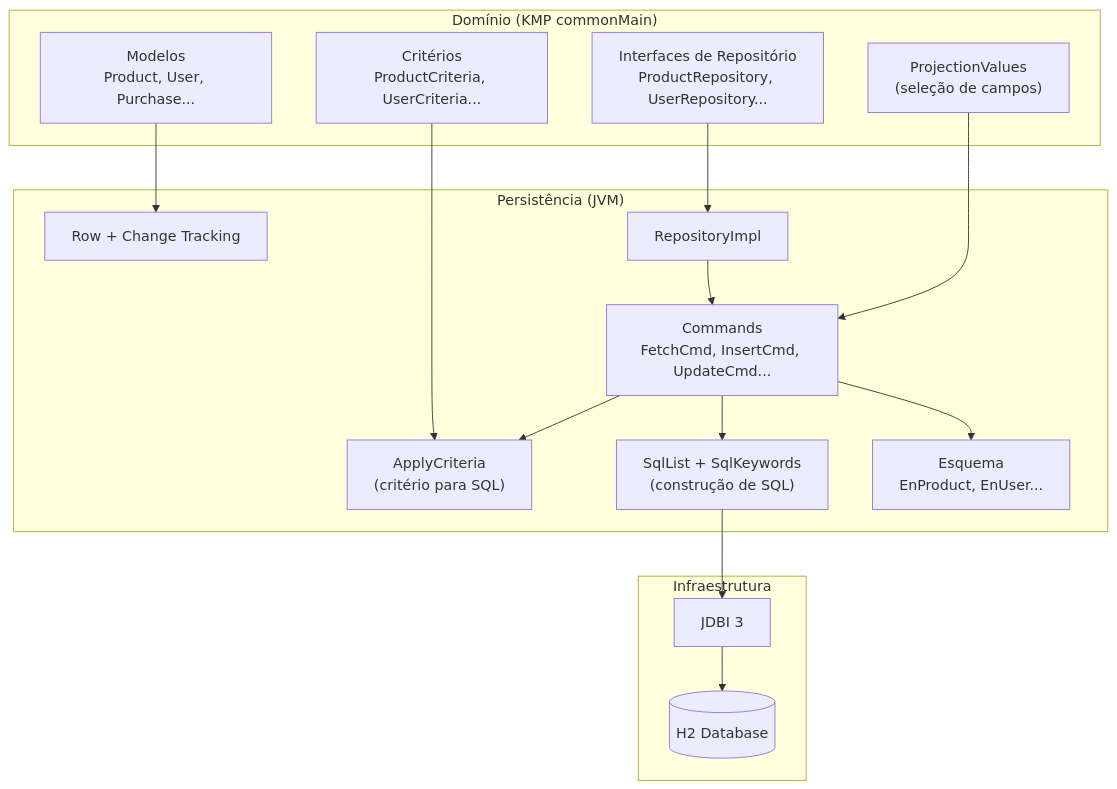
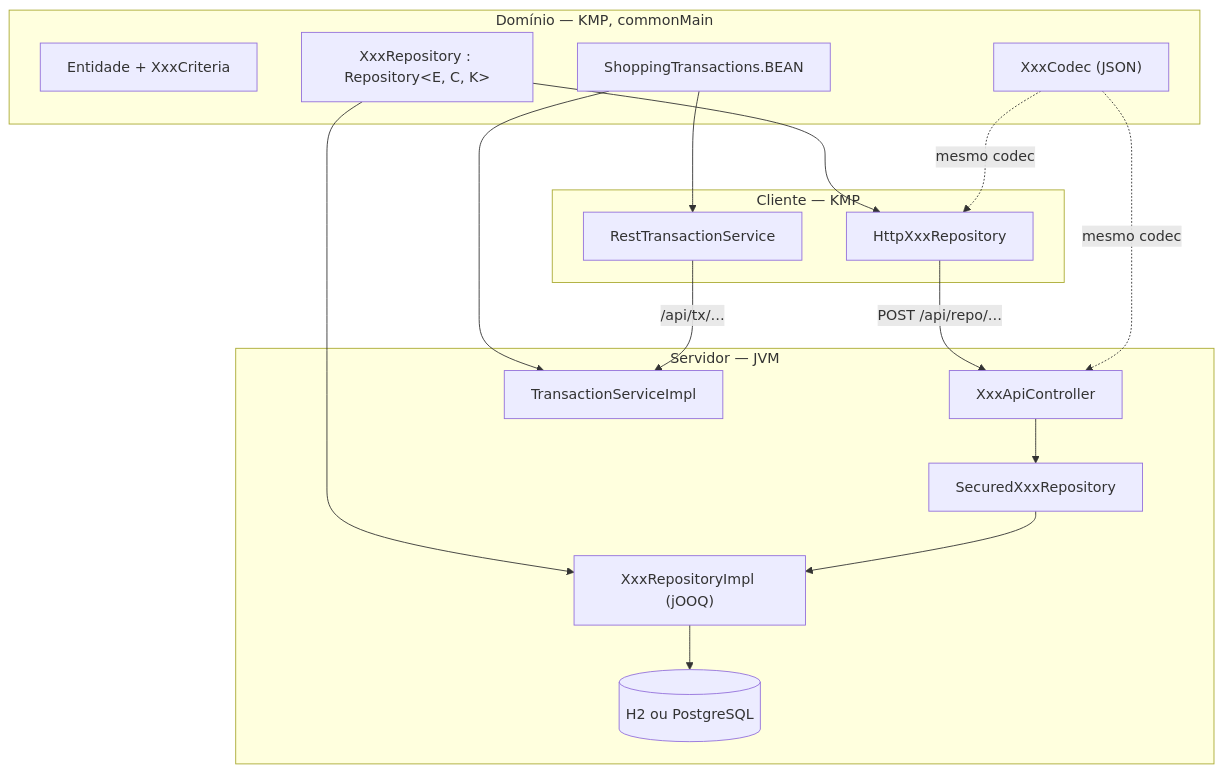
The diagram in docs/architecture-persistence.md (mrcdom/wdc-cube-kotlin), drawn with Mermaid before and after one commit. The commit also changed other lines of this file and 17 other files, not shown here.

````diff
--- a/docs/architecture-persistence.md
+++ b/docs/architecture-persistence.md
@@ -28,34 +26,34 @@
 ```mermaid
 graph TB
-    subgraph "Domínio (KMP commonMain)"
-        MOD["Modelos<br/>Product, User, Purchase..."]
-        CRIT["Critérios<br/>ProductCriteria, UserCriteria..."]
-        REPO_IF["Interfaces de Repositório<br/>ProductRepository, UserRepository..."]
-        PROJ["ProjectionValues<br/>(seleção de campos)"]
+    subgraph "Domínio — KMP, commonMain"
+        ENT["Entidade + XxxCriteria"]
+        REPO["XxxRepository : Repository&lt;E, C, K&gt;"]
+        CODEC["XxxCodec (JSON)"]
+        TX["ShoppingTransactions.BEAN"]
     end
 
-    subgraph "Persistência (JVM)"
-        SCHEMA["Esquema<br/>EnProduct, EnUser..."]
-        ROW["Row + Change Tracking"]
-        CMD["Commands<br/>FetchCmd, InsertCmd, UpdateCmd..."]
-        APPLY["ApplyCriteria<br/>(critério para SQL)"]
-        SQL["SqlList + SqlKeywords<br/>(construção de SQL)"]
-        IMPL["RepositoryImpl"]
+    subgraph "Servidor — JVM"
+        IMPL["XxxRepositoryImpl (jOOQ)"]
+        SEC["SecuredXxxRepository"]
+        CTRL["XxxApiController"]
+        TXS["TransactionServiceImpl"]
+        DB[("H2 ou PostgreSQL")]
     end
 
-    subgraph "Infraestrutura"
-        JDBI["JDBI 3"]
-        H2[(H2 Database)]
+    subgraph "Cliente — KMP"
+        HTTP["HttpXxxRepository"]
+        RTX["RestTransactionService"]
     end
 
-    REPO_IF --> IMPL
-    CRIT --> APPLY
-    MOD --> ROW
-    PROJ --> CMD
-    IMPL --> CMD
-    CMD --> APPLY
-    CMD --> SQL
-    CMD --> SCHEMA
-    SQL --> JDBI
-    JDBI --> H2
+    REPO --> IMPL
+    REPO --> HTTP
+    IMPL --> DB
+    SEC --> IMPL
+    CTRL --> SEC
+    HTTP -- "POST /api/repo/…" --> CTRL
+    CODEC -. "mesmo codec" .-> CTRL
+    CODEC -. "mesmo codec" .-> HTTP
+    TX --> TXS
+    TX --> RTX
+    RTX -- "/api/tx/…" --> TXS
 ```
````
